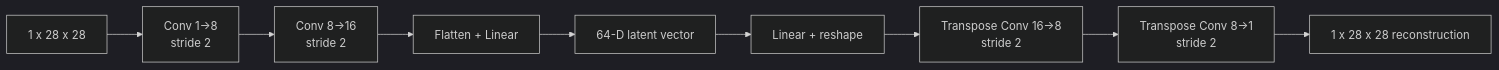
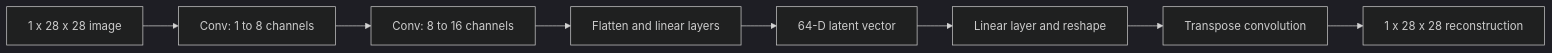
The diagram in README.md (Keval-7503/mnist-class-conditional-autoencoders), drawn with Mermaid (dark theme) before and after one commit. The commit also changed other lines of this file and 15 other files, not shown here.

````diff
--- a/README.md
+++ b/README.md
@@ -60,11 +61,10 @@
 ```mermaid
 flowchart LR
-    A[1 x 28 x 28] --> B[Conv 1→8<br/>stride 2]
-    B --> C[Conv 8→16<br/>stride 2]
-    C --> D[Flatten + Linear]
+    A[1 x 28 x 28 image] --> B[Conv: 1 to 8 channels]
+    B --> C[Conv: 8 to 16 channels]
+    C --> D[Flatten and linear layers]
     D --> E[64-D latent vector]
-    E --> F[Linear + reshape]
-    F --> G[Transpose Conv 16→8<br/>stride 2]
-    G --> H[Transpose Conv 8→1<br/>stride 2]
-    H --> I[1 x 28 x 28 reconstruction]
+    E --> F[Linear layer and reshape]
+    F --> G[Transpose convolution]
+    G --> H[1 x 28 x 28 reconstruction]
 ```
````
